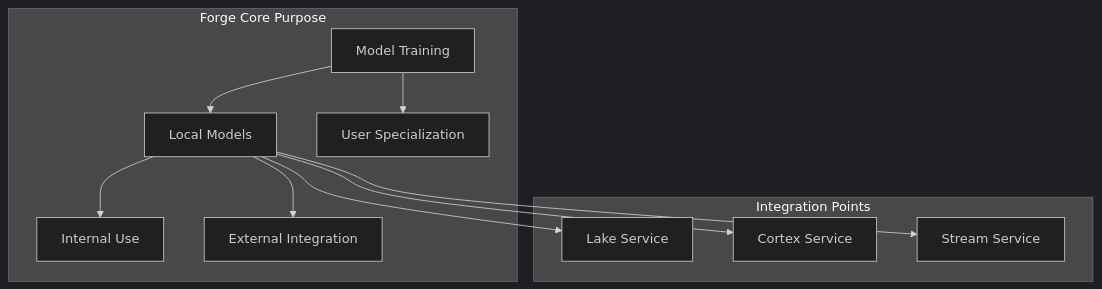
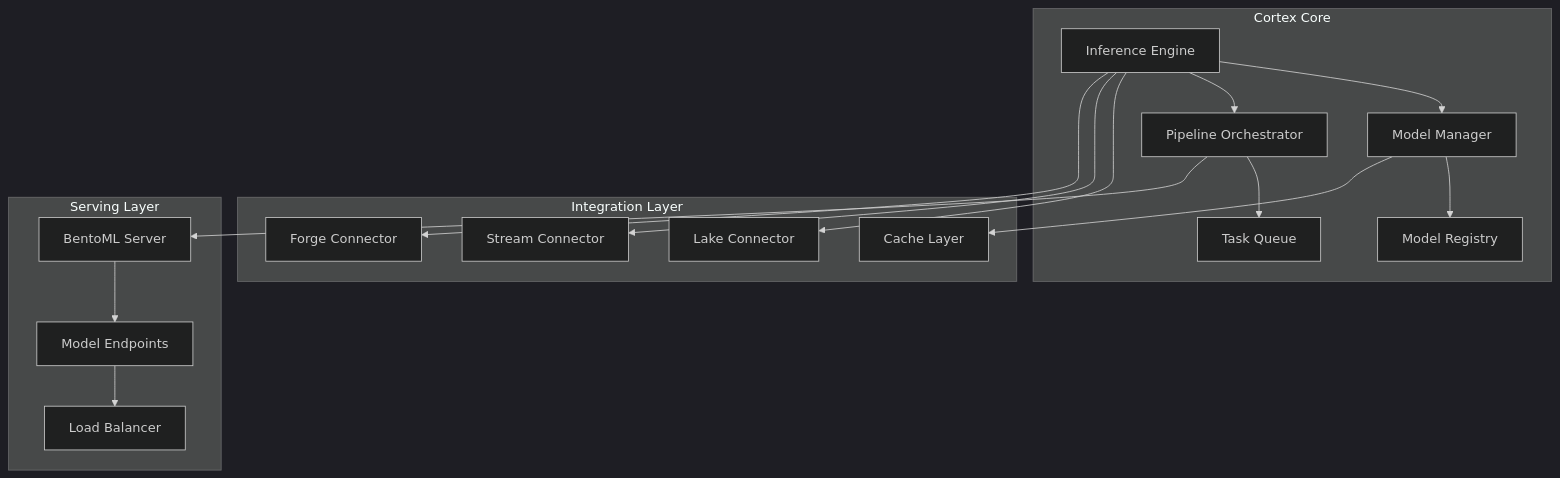
One commit to Distracted-E421/Project-Datapunk changed diagram 16 of 20 in datapunk/docs/development/ROADMAP.md. Above: the diagram before and after it, drawn with Mermaid (dark theme). The commit also changed other lines of this file, not shown here.

````diff
--- a/datapunk/docs/development/ROADMAP.md
+++ b/datapunk/docs/development/ROADMAP.md
@@ -2698,17 +3095,28 @@
 ```mermaid
 graph TD
-    subgraph "Forge Core Purpose"
-        A[Model Training] --> B[Local Models]
-        A --> C[User Specialization]
-        B --> D[Internal Use]
-        B --> E[External Integration]
+    subgraph "Cortex Core"
+        A[Inference Engine] --> B[Model Manager]
+        A --> C[Pipeline Orchestrator]
+        B --> D[Model Registry]
+        C --> E[Task Queue]
     end
 
-    subgraph "Integration Points"
-        F[Lake Service]
-        G[Cortex Service]
-        H[Stream Service]
+    subgraph "Integration Layer"
+        F[Lake Connector]
+        G[Stream Connector]
+        H[Forge Connector]
+        I[Cache Layer]
     end
 
-    B --> F & G & H
+    subgraph "Serving Layer"
+        J[BentoML Server]
+        K[Model Endpoints]
+        L[Load Balancer]
+    end
+
+    A --> F & G & H
+    B --> I
+    C --> J
+    J --> K
+    K --> L
 ```
````
